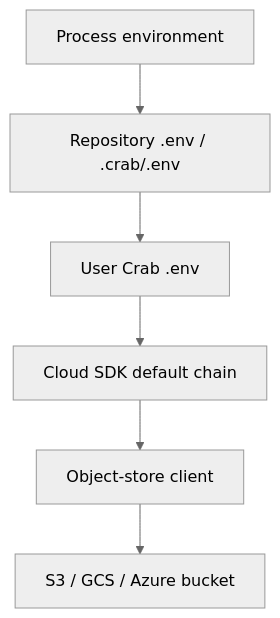
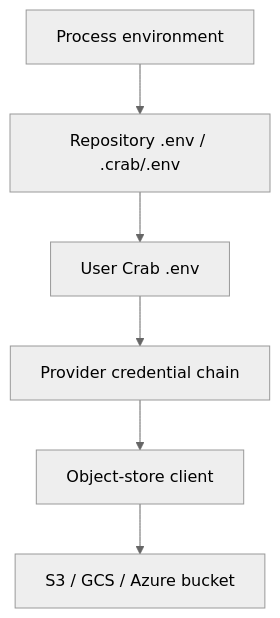
One commit to crabbuild/crab changed the diagram in packages/web/content/docs/cli/authentication/static-credentials.mdx. Above: the diagram before and after it, drawn with Mermaid (neutral theme). The commit also changed other lines of this file and 45 other files, not shown here.

Commit message:
fix: harden concurrent object-store pushes

````diff
--- a/packages/web/content/docs/cli/authentication/static-credentials.mdx
+++ b/packages/web/content/docs/cli/authentication/static-credentials.mdx
@@ -16,8 +16,8 @@
 ```mermaid
 flowchart TD
     Process["Process environment"] --> RepoEnv["Repository .env / .crab/.env"]
     RepoEnv --> UserEnv["User Crab .env"]
-    UserEnv --> Sdk["Cloud SDK default chain"]
-    Sdk --> Store["Object-store client"]
+    UserEnv --> Provider["Provider credential chain"]
+    Provider --> Store["Object-store client"]
     Store --> Bucket["S3 / GCS / Azure bucket"]
 ```
````
